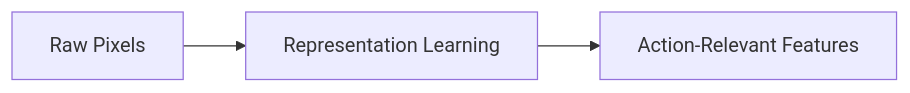
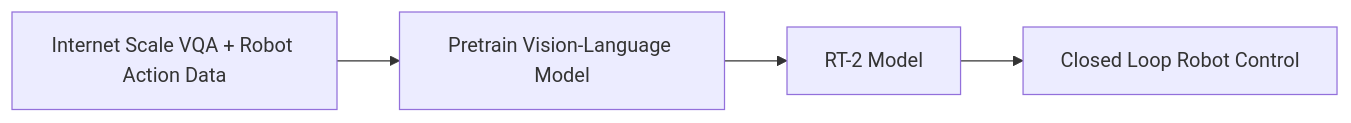
Before and after one commit to SShahparnia/obsidian-notes: the seventh of 7 diagrams in SP26/CMPE 260/Lecture 01 - Introduction to RL.md, drawn with Mermaid. The commit also changed other lines of this file, not shown here.

````diff
--- a/SP26/CMPE 260/Lecture 01 - Introduction to RL.md
+++ b/SP26/CMPE 260/Lecture 01 - Introduction to RL.md
@@ -149,6 +154,7 @@
 ```mermaid
 flowchart LR
-    RawPixels[Raw Pixels] --> FeatureExtractor[Representation Learning]
-    FeatureExtractor --> Features[Action-Relevant Features]
+    InternetData[Internet Scale VQA + Robot Action Data] --> Pretrain[Pretrain Vision-Language Model]
+    Pretrain --> RT2Model[RT-2 Model]
+    RT2Model --> RobotControl[Closed Loop Robot Control]
 
 ```
````
